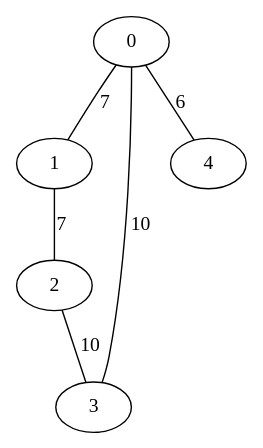
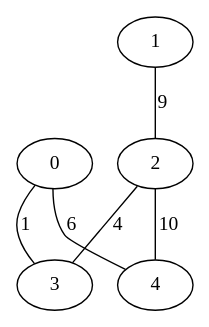
One commit to iagomcanuto/tecnicas-programacao-avancada changed the diagram in grafos/output/grafo.dot. Above: the diagram before and after it, drawn with Graphviz. The commit also changed 4 other files, not shown here.

```diff
--- a/grafos/output/grafo.dot
+++ b/grafos/output/grafo.dot
@@ -1,12 +1,12 @@
 graph Grafo{
 0;
 1;
 2;
 3;
 4;
+0--3 [weight=1, label=1]
 0--4 [weight=6, label=6]
-0--3 [weight=10, label=10]
-0--1 [weight=7, label=7]
-1--2 [weight=7, label=7]
-2--3 [weight=10, label=10]
+1--2 [weight=9, label=9]
+2--3 [weight=4, label=4]
+2--4 [weight=10, label=10]
 }
```
